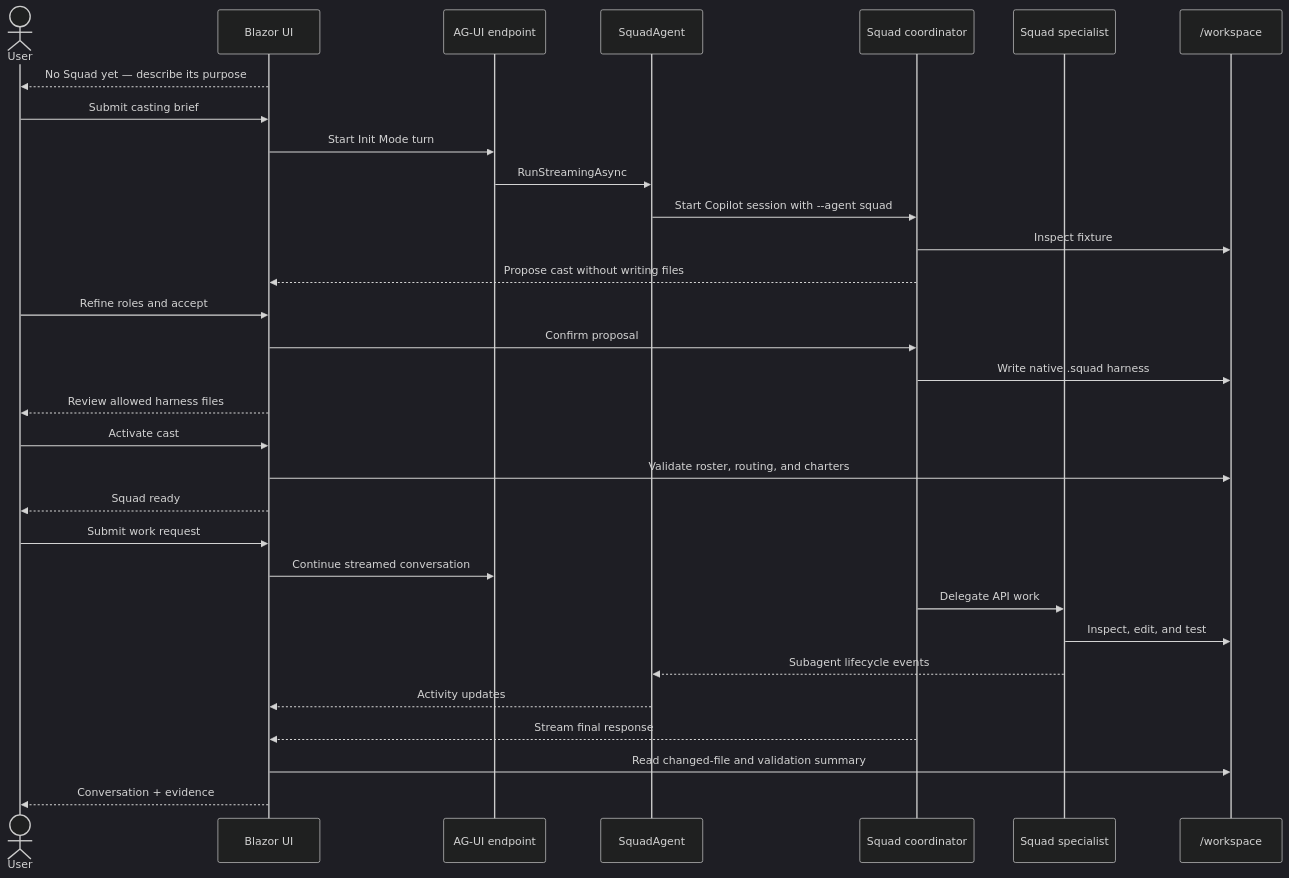
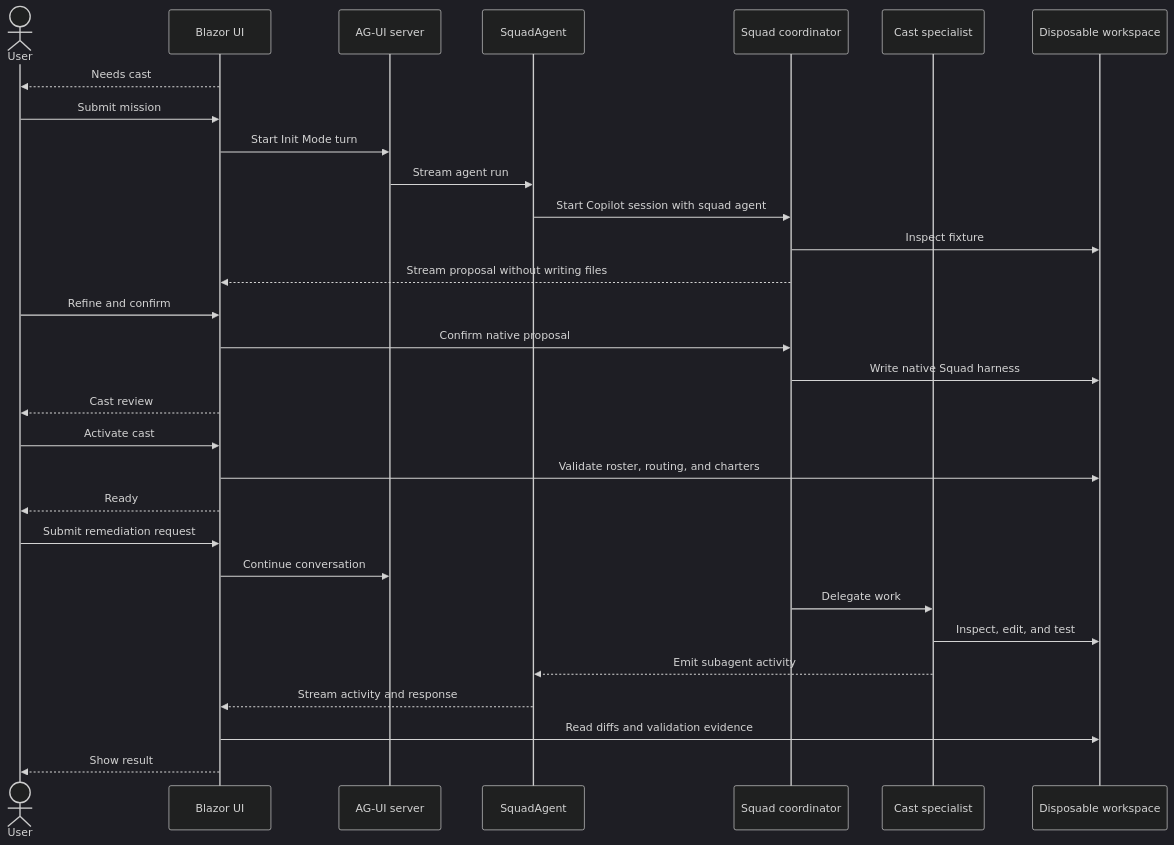
One commit to bradygaster/squad-on-aks changed the second of 2 diagrams in README.md. Above: the diagram before and after it, drawn with Mermaid (dark theme). The commit also changed other lines of this file, not shown here.

````diff
--- a/README.md
+++ b/README.md
@@ -259,34 +262,33 @@
 ```mermaid
 sequenceDiagram
     actor User
     participant UI as Blazor UI
-    participant AGUI as AG-UI endpoint
+    participant AGUI as AG-UI server
     participant Agent as SquadAgent
     participant Squad as Squad coordinator
-    participant Specialist as Squad specialist
-    participant Workspace as /workspace
+    participant Specialist as Cast specialist
+    participant Workspace as Disposable workspace
 
-    UI-->>User: No Squad yet — describe its purpose
-    User->>UI: Submit casting brief
+    UI-->>User: Needs cast
+    User->>UI: Submit mission
     UI->>AGUI: Start Init Mode turn
-    AGUI->>Agent: RunStreamingAsync
-    Agent->>Squad: Start Copilot session with --agent squad
+    AGUI->>Agent: Stream agent run
+    Agent->>Squad: Start Copilot session with squad agent
     Squad->>Workspace: Inspect fixture
-    Squad-->>UI: Propose cast without writing files
-    User->>UI: Refine roles and accept
-    UI->>Squad: Confirm proposal
-    Squad->>Workspace: Write native .squad harness
-    UI-->>User: Review allowed harness files
+    Squad-->>UI: Stream proposal without writing files
+    User->>UI: Refine and confirm
+    UI->>Squad: Confirm native proposal
+    Squad->>Workspace: Write native Squad harness
+    UI-->>User: Cast review
     User->>UI: Activate cast
     UI->>Workspace: Validate roster, routing, and charters
-    UI-->>User: Squad ready
-    User->>UI: Submit work request
-    UI->>AGUI: Continue streamed conversation
-    Squad->>Specialist: Delegate API work
+    UI-->>User: Ready
+    User->>UI: Submit remediation request
+    UI->>AGUI: Continue conversation
+    Squad->>Specialist: Delegate work
     Specialist->>Workspace: Inspect, edit, and test
-    Specialist-->>Agent: Subagent lifecycle events
-    Agent-->>UI: Activity updates
-    Squad-->>UI: Stream final response
-    UI->>Workspace: Read changed-file and validation summary
-    UI-->>User: Conversation + evidence
+    Specialist-->>Agent: Emit subagent activity
+    Agent-->>UI: Stream activity and response
+    UI->>Workspace: Read diffs and validation evidence
+    UI-->>User: Show result
 ```
````
